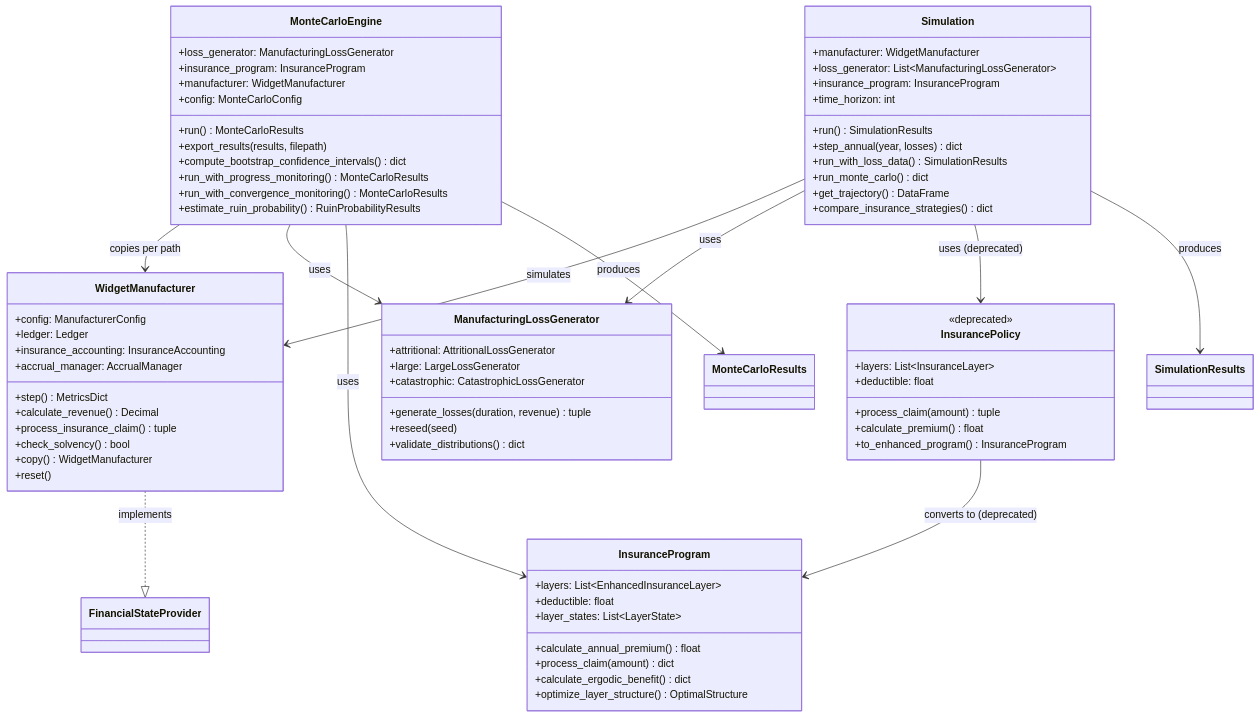
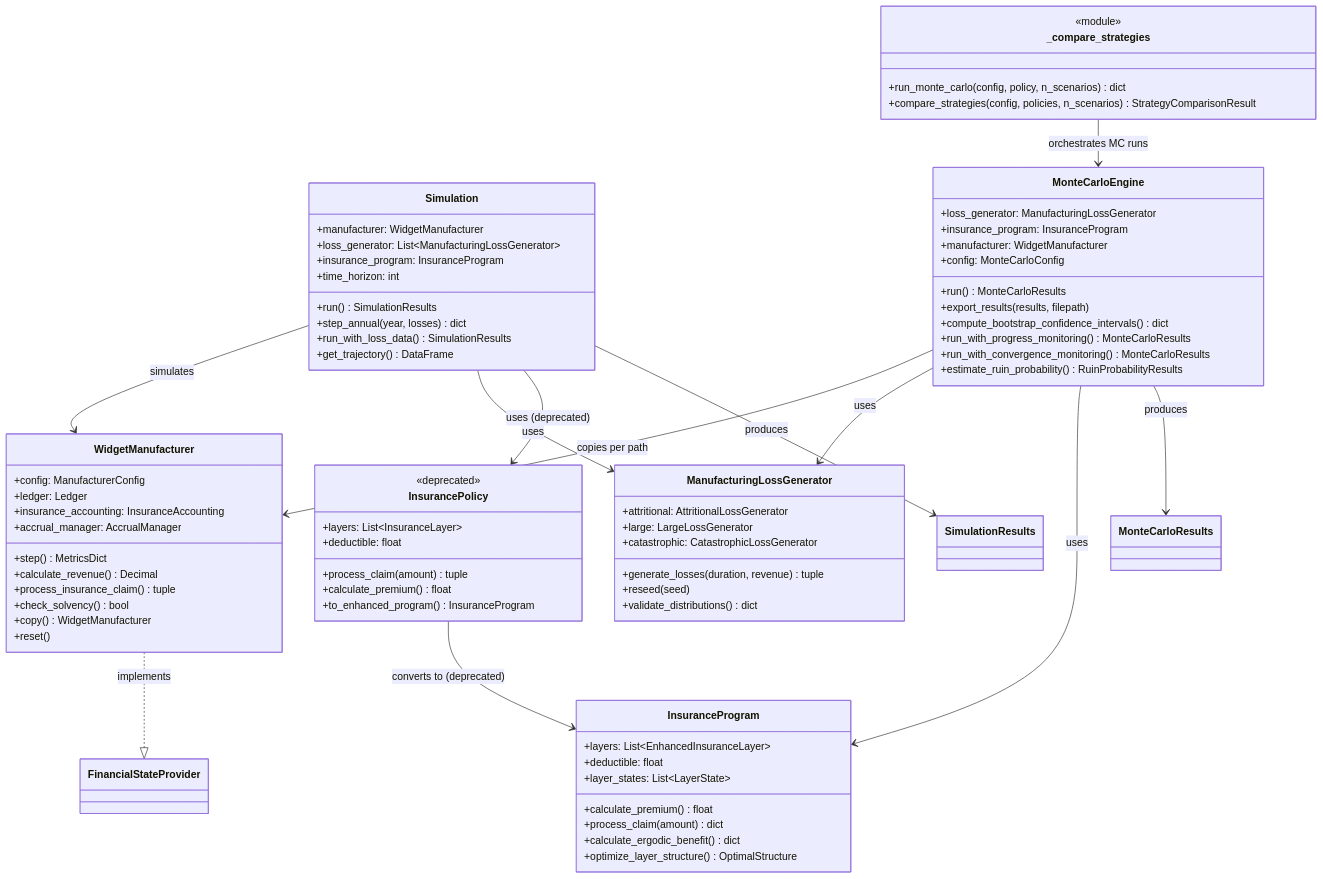
The first of 6 diagrams in ergodic_insurance/docs/architecture/class_diagrams/core_classes.md (AlexFiliakov/Ergodic-Insurance-Limits), drawn with Mermaid before and after one commit. The commit also changed other lines of this file and 188 other files, not shown here.

```diff
--- a/ergodic_insurance/docs/architecture/class_diagrams/core_classes.md
+++ b/ergodic_insurance/docs/architecture/class_diagrams/core_classes.md
@@ -19,9 +19,13 @@
         +run() SimulationResults
         +step_annual(year, losses) dict
         +run_with_loss_data() SimulationResults
-        +run_monte_carlo() dict
         +get_trajectory() DataFrame
-        +compare_insurance_strategies() dict
+    }
+
+    class _compare_strategies {
+        <<module>>
+        +run_monte_carlo(config, policy, n_scenarios) dict
+        +compare_strategies(config, policies, n_scenarios) StrategyComparisonResult
     }
 
     class MonteCarloEngine {
@@ -54,7 +58,7 @@
         +layers: List~EnhancedInsuranceLayer~
         +deductible: float
         +layer_states: List~LayerState~
-        +calculate_annual_premium() float
+        +calculate_premium() float
         +process_claim(amount) dict
         +calculate_ergodic_benefit() dict
         +optimize_layer_structure() OptimalStructure
@@ -88,6 +92,8 @@
     MonteCarloEngine --> InsuranceProgram : uses
     MonteCarloEngine --> MonteCarloResults : produces
 
+    _compare_strategies --> MonteCarloEngine : orchestrates MC runs
+
     InsurancePolicy --> InsuranceProgram : converts to (deprecated)
 
     WidgetManufacturer ..|> FinancialStateProvider : implements
```
